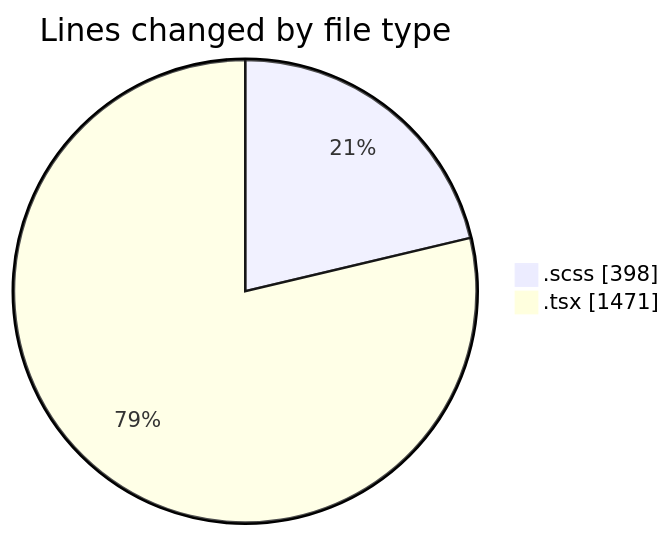
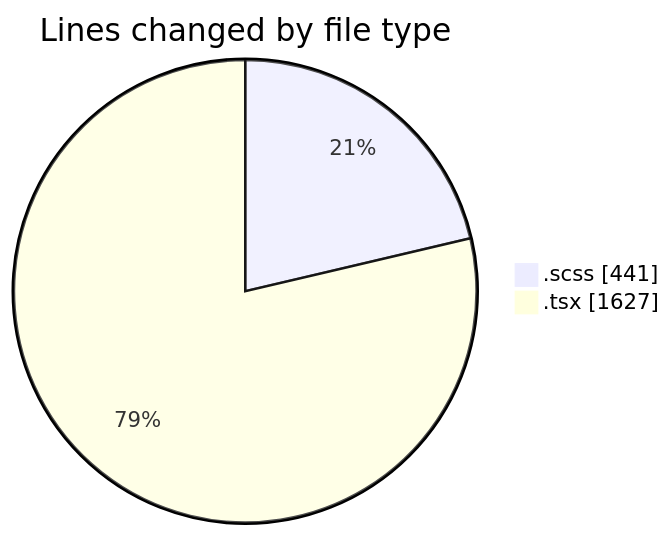
One commit to momahboobian/code-tracking changed the first of 2 diagrams in 2025-08-28/cda/README.md. Above: the diagram before and after it, drawn with Mermaid. The commit also changed other lines of this file and 1 other file, not shown here.

````diff
--- a/2025-08-28/cda/README.md
+++ b/2025-08-28/cda/README.md
@@ -26,6 +26,6 @@
 ```mermaid
 pie showData
 title Lines changed by file type
-".scss" : 398
-".tsx" : 1471
+".scss" : 441
+".tsx" : 1627
 ```
````
